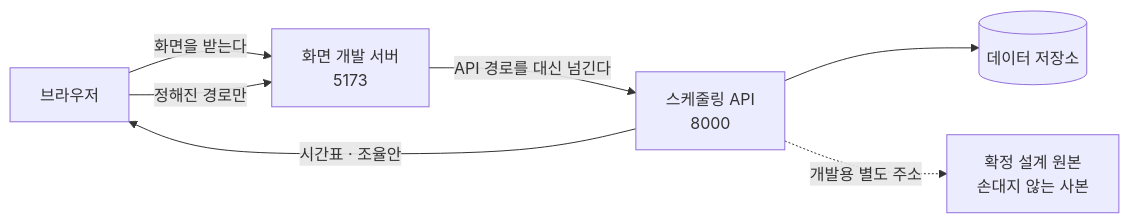
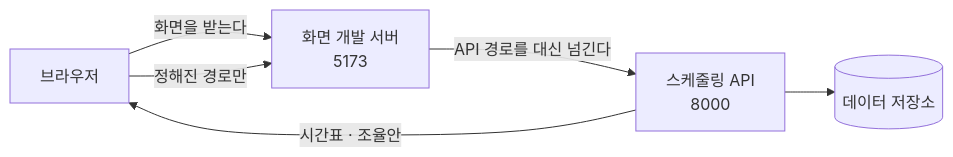
One commit to minkong-dev/Banblit changed the diagram in .cluedoc/screens/README.md. Above: the diagram before and after it, drawn with Mermaid. The commit also changed other lines of this file and 13 other files, not shown here.

````diff
--- a/.cluedoc/screens/README.md
+++ b/.cluedoc/screens/README.md
@@ -29,9 +31,8 @@
 ```mermaid
 flowchart LR
     B[브라우저] -->|화면을 받는다| W[화면 개발 서버<br/>5173]
     B -->|정해진 경로만| W
     W -->|API 경로를 대신 넘긴다| A[스케줄링 API<br/>8000]
     A --> D[(데이터 저장소)]
     A -->|시간표 · 조율안| B
-    A -.개발용 별도 주소.-> P[확정 설계 원본<br/>손대지 않는 사본]
 ```
````
